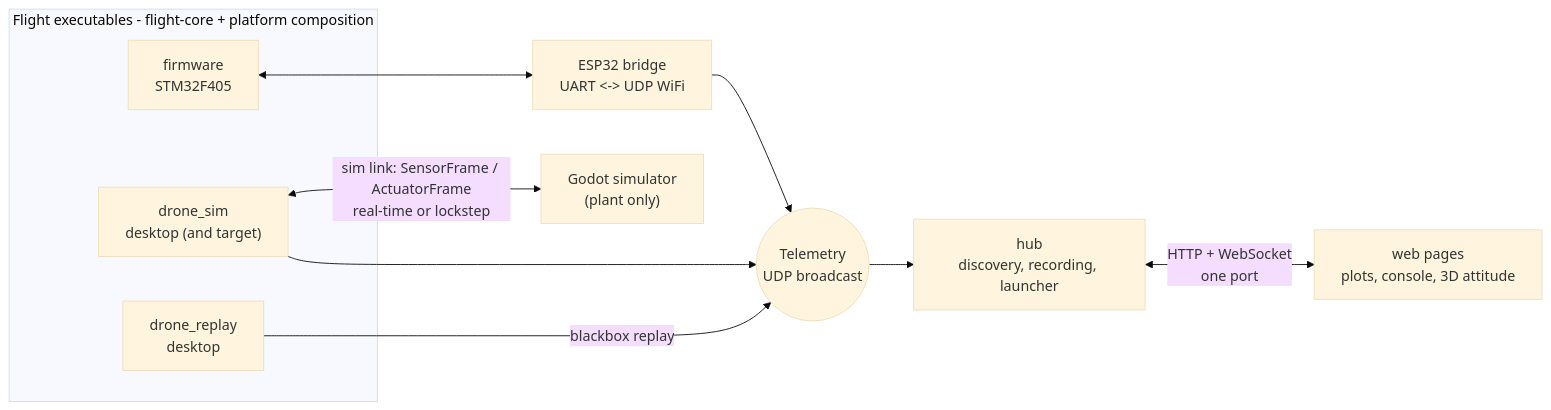
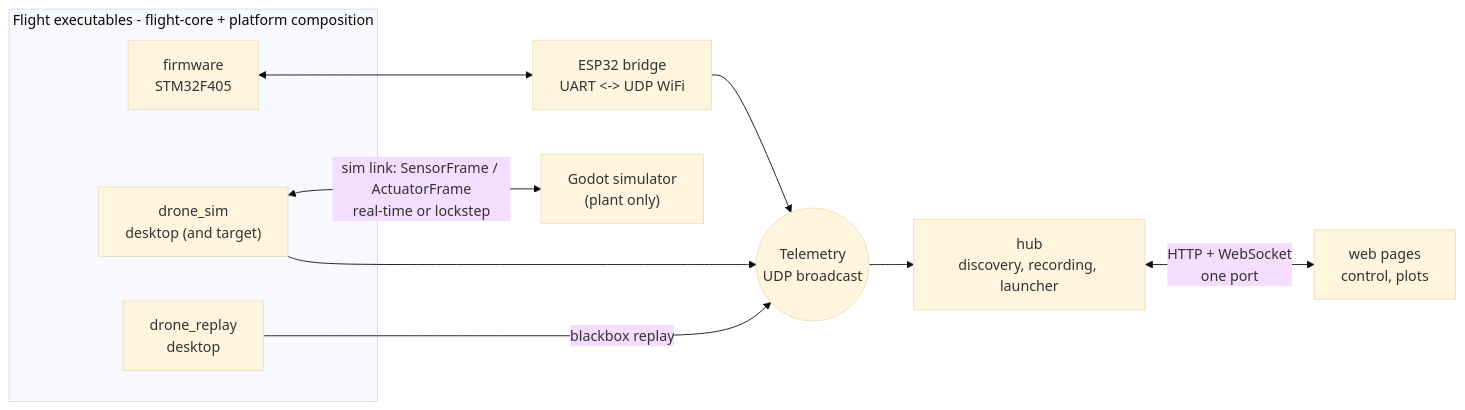
Before and after one commit to Keyrim/drone-mark4: the first of 2 diagrams in docs/architecture.md, drawn with Mermaid (base theme). The commit also changed 17 other files, not shown here.

````diff
--- a/docs/architecture.md
+++ b/docs/architecture.md
@@ -9,22 +9,22 @@
 ```mermaid
 flowchart LR
     subgraph flight["Flight executables - flight-core + platform composition"]
         FW["firmware<br/>STM32F405"]
         DS["drone_sim<br/>desktop (and target)"]
         DR["drone_replay<br/>desktop"]
     end
 
     ESP["ESP32 bridge<br/>UART <-> UDP WiFi"]
     GODOT["Godot simulator<br/>(plant only)"]
     HUB["hub<br/>discovery, recording, launcher"]
-    PAGES["web pages<br/>plots, console, 3D attitude"]
+    PAGES["web pages<br/>control, plots"]
     BUS(("Telemetry<br/>UDP broadcast"))
 
     FW <--> ESP
     DS <-->|"sim link: SensorFrame / ActuatorFrame<br/>real-time or lockstep"| GODOT
     DR -->|"blackbox replay"| BUS
     ESP --> BUS
     DS --> BUS
     BUS --> HUB
     HUB <-->|"HTTP + WebSocket<br/>one port"| PAGES
 ```
````
